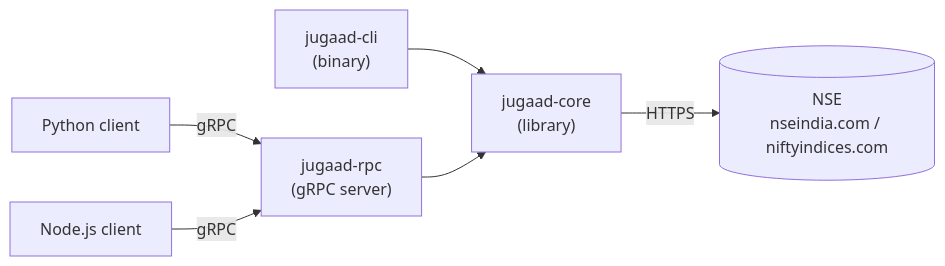
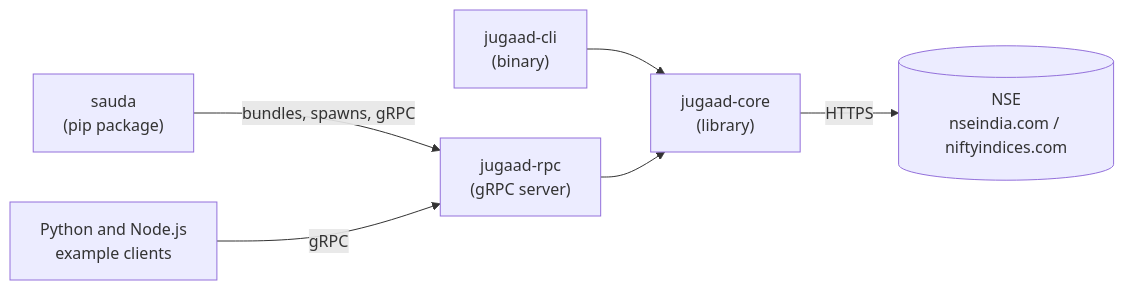
Before and after one commit to Am1n1602/jugaad-rs: the diagram in README.md, drawn with Mermaid. The commit also changed other lines of this file, not shown here.

Commit message:
Update README for the Python package, Docker image and gRPC server

````diff
--- a/README.md
+++ b/README.md
@@ -187,15 +214,15 @@
 ```mermaid
 graph LR
     NSE[("NSE\nnseindia.com / niftyindices.com")]
     Core["jugaad-core\n(library)"]
     Cli["jugaad-cli\n(binary)"]
     Rpc["jugaad-rpc\n(gRPC server)"]
-    Py["Python client"]
-    Node["Node.js client"]
+    Sauda["sauda\n(pip package)"]
+    Clients["Python and Node.js\nexample clients"]
 
     Core -->|HTTPS| NSE
     Cli --> Core
     Rpc --> Core
-    Py -->|gRPC| Rpc
-    Node -->|gRPC| Rpc
+    Sauda -->|bundles, spawns, gRPC| Rpc
+    Clients -->|gRPC| Rpc
 ```
````
